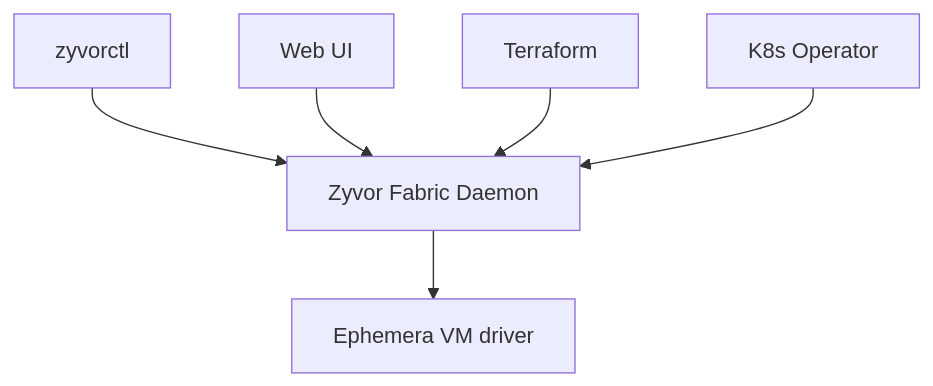
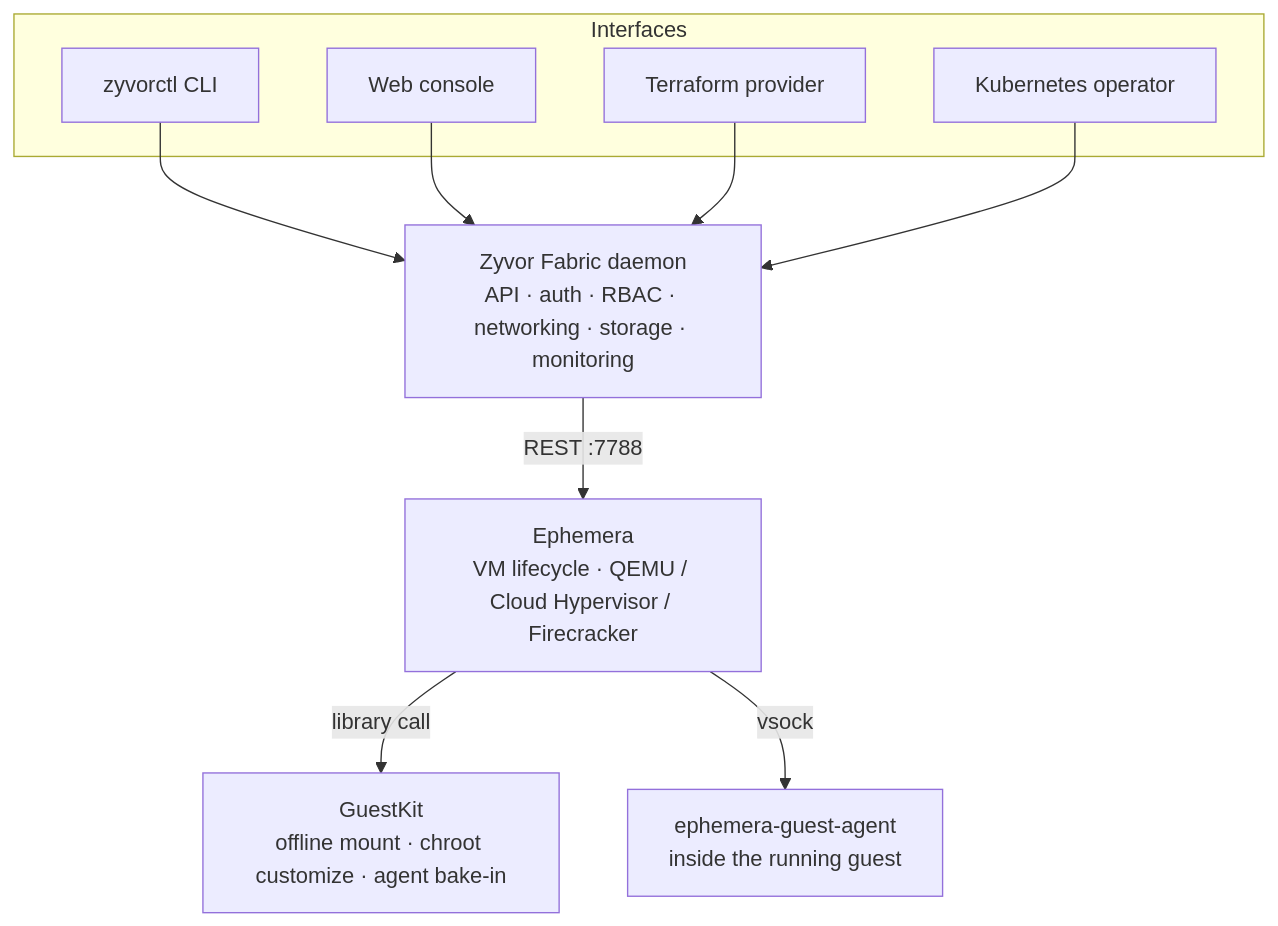
The diagram in README.md (zyvorai/fabric), drawn with Mermaid before and after one commit. The commit also changed other lines of this file, not shown here.

````diff
--- a/README.md
+++ b/README.md
@@ -79,8 +59,18 @@
 ```mermaid
 flowchart TB
-  CLI[zyvorctl] --> Daemon[Zyvor Fabric Daemon]
-    Web[Web UI] --> Daemon
-  TF[Terraform] --> Daemon
-  Op[K8s Operator] --> Daemon
-  Daemon --> Eph[Ephemera VM driver]
+  subgraph Interfaces
+    CLI[zyvorctl CLI]
+    Web[Web console]
+    TF[Terraform provider]
+    Op[Kubernetes operator]
+  end
+  CLI --> Daemon
+  Web --> Daemon
+  TF --> Daemon
+  Op --> Daemon
+
+  Daemon[Zyvor Fabric daemon<br/>API · auth · RBAC · networking · storage · monitoring]
+  Daemon -- REST :7788 --> Eph[Ephemera<br/>VM lifecycle · QEMU / Cloud Hypervisor / Firecracker]
+  Eph -- library call --> GK[GuestKit<br/>offline mount · chroot customize · agent bake-in]
+  Eph -- vsock --> Agent[ephemera-guest-agent<br/>inside the running guest]
 ```
````
